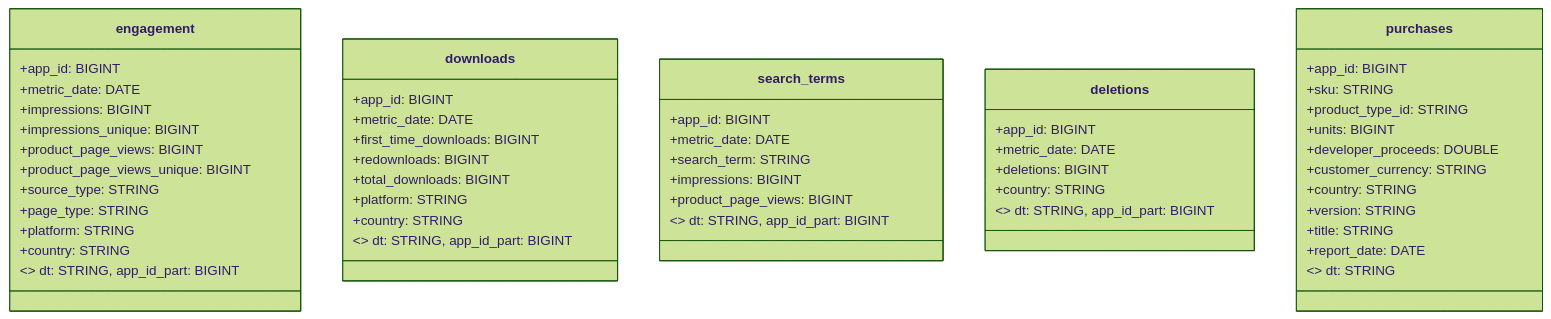
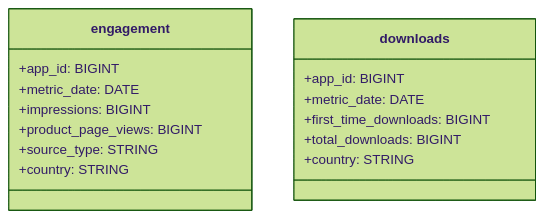
One commit to ankit961/Apple-Analytics changed the third of 3 diagrams in README.md. Above: the diagram before and after it, drawn with Mermaid (forest theme). The commit also changed other lines of this file and 32 other files, not shown here.

````diff
--- a/README.md
+++ b/README.md
@@ -164,55 +365,18 @@
 ```mermaid
 classDiagram
   class engagement {
     +app_id: BIGINT
     +metric_date: DATE
     +impressions: BIGINT
-    +impressions_unique: BIGINT
     +product_page_views: BIGINT
-    +product_page_views_unique: BIGINT
     +source_type: STRING
-    +page_type: STRING
-    +platform: STRING
     +country: STRING
-    <<partition>> dt: STRING, app_id_part: BIGINT
   }
   class downloads {
     +app_id: BIGINT
     +metric_date: DATE
     +first_time_downloads: BIGINT
-    +redownloads: BIGINT
     +total_downloads: BIGINT
-    +platform: STRING
     +country: STRING
-    <<partition>> dt: STRING, app_id_part: BIGINT
   }
-  class search_terms {
-    +app_id: BIGINT
-    +metric_date: DATE
-    +search_term: STRING
-    +impressions: BIGINT
-    +product_page_views: BIGINT
-    <<partition>> dt: STRING, app_id_part: BIGINT
-  }
-  class deletions {
-    +app_id: BIGINT
-    +metric_date: DATE
-    +deletions: BIGINT
-    +country: STRING
-    <<partition>> dt: STRING, app_id_part: BIGINT
-  }
-  class purchases {
-    +app_id: BIGINT
-    +sku: STRING
-    +product_type_id: STRING
-    +units: BIGINT
-    +developer_proceeds: DOUBLE
-    +customer_currency: STRING
-    +country: STRING
-    +version: STRING
-    +title: STRING
-    +report_date: DATE
-    <<partition>> dt: STRING
-  }
-
 ```
````
